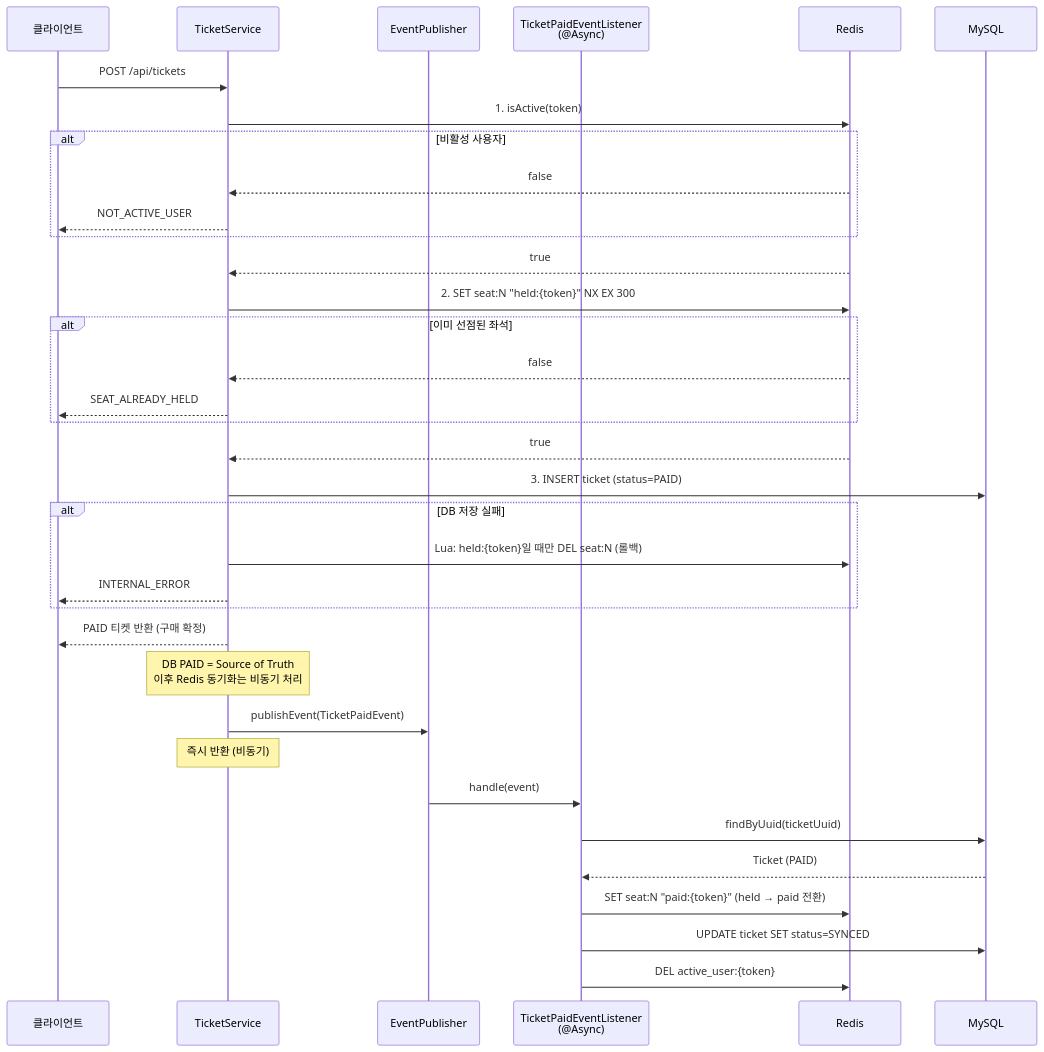
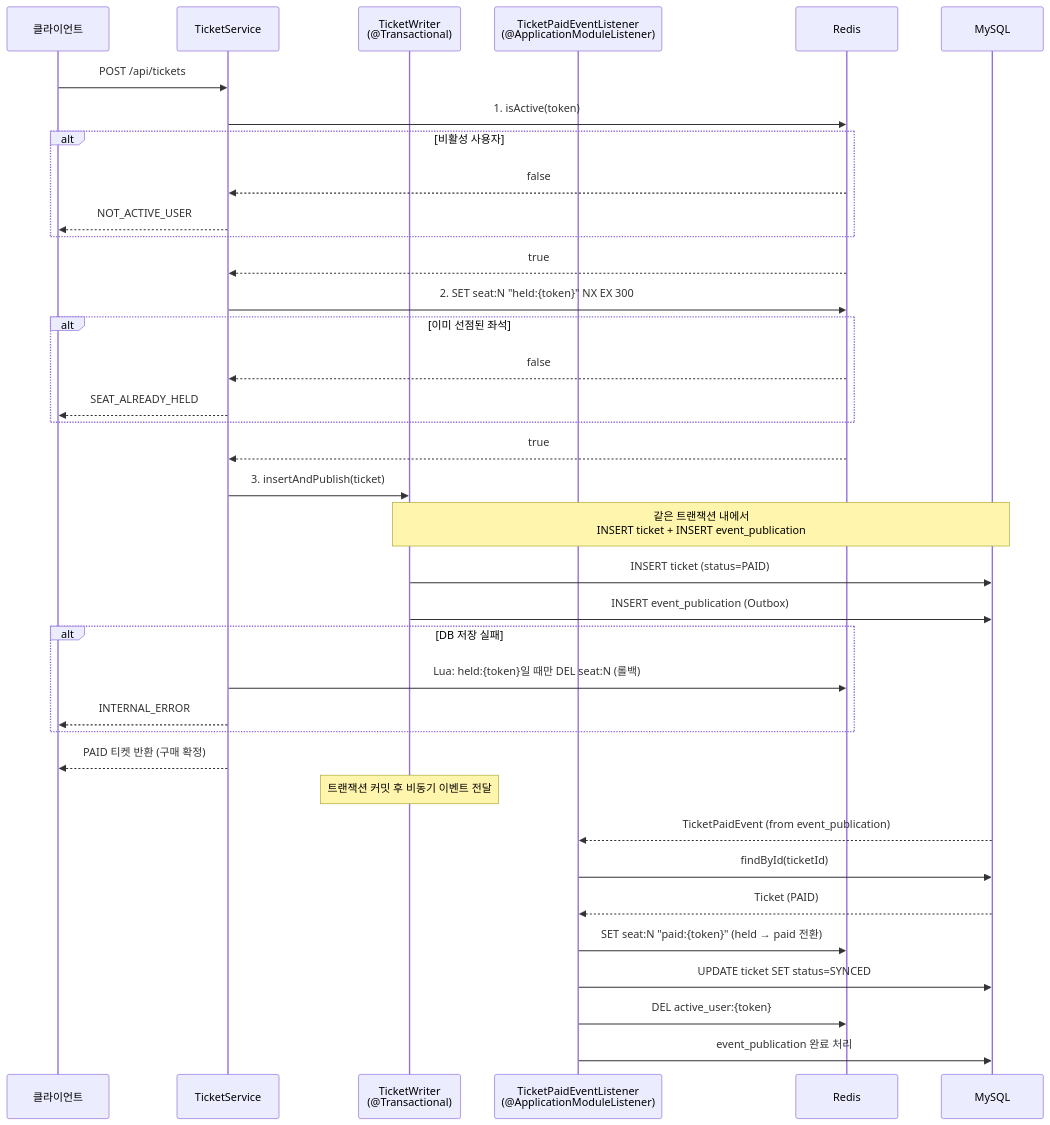
Before and after one commit to irnd04/zticket: the fifth of 6 diagrams in README.md, drawn with Mermaid. The commit also changed other lines of this file, not shown here.

First line of the commit message:
docs: README에 Outbox 패턴 적용 내용 반영

````diff
--- a/README.md
+++ b/README.md
@@ -196,46 +196,47 @@
 ```mermaid
 sequenceDiagram
     participant C as 클라이언트
     participant T as TicketService
-    participant E as EventPublisher
-    participant L as TicketPaidEventListener<br/>(@Async)
+    participant W as TicketWriter<br/>(@Transactional)
+    participant L as TicketPaidEventListener<br/>(@ApplicationModuleListener)
     participant R as Redis
     participant DB as MySQL
 
     C->>T: POST /api/tickets
 
     T->>R: 1. isActive(token)
     alt 비활성 사용자
         R-->>T: false
         T-->>C: NOT_ACTIVE_USER
     end
     R-->>T: true
 
     T->>R: 2. SET seat:N "held:{token}" NX EX 300
     alt 이미 선점된 좌석
         R-->>T: false
         T-->>C: SEAT_ALREADY_HELD
     end
     R-->>T: true
 
-    T->>DB: 3. INSERT ticket (status=PAID)
+    T->>W: 3. insertAndPublish(ticket)
+    Note over W,DB: 같은 트랜잭션 내에서<br/>INSERT ticket + INSERT event_publication
+    W->>DB: INSERT ticket (status=PAID)
+    W->>DB: INSERT event_publication (Outbox)
     alt DB 저장 실패
         T->>R: Lua: held:{token}일 때만 DEL seat:N (롤백)
         T-->>C: INTERNAL_ERROR
     end
 
     T-->>C: PAID 티켓 반환 (구매 확정)
 
-    Note over T: DB PAID = Source of Truth<br/>이후 Redis 동기화는 비동기 처리
+    Note over W: 트랜잭션 커밋 후 비동기 이벤트 전달
 
-    T->>E: publishEvent(TicketPaidEvent)
-    Note over T: 즉시 반환 (비동기)
-
-    E->>L: handle(event)
-    L->>DB: findByUuid(ticketUuid)
+    DB-->>L: TicketPaidEvent (from event_publication)
+    L->>DB: findById(ticketId)
     DB-->>L: Ticket (PAID)
 
     L->>R: SET seat:N "paid:{token}" (held → paid 전환)
     L->>DB: UPDATE ticket SET status=SYNCED
     L->>R: DEL active_user:{token}
+    L->>DB: event_publication 완료 처리
 ```
````
